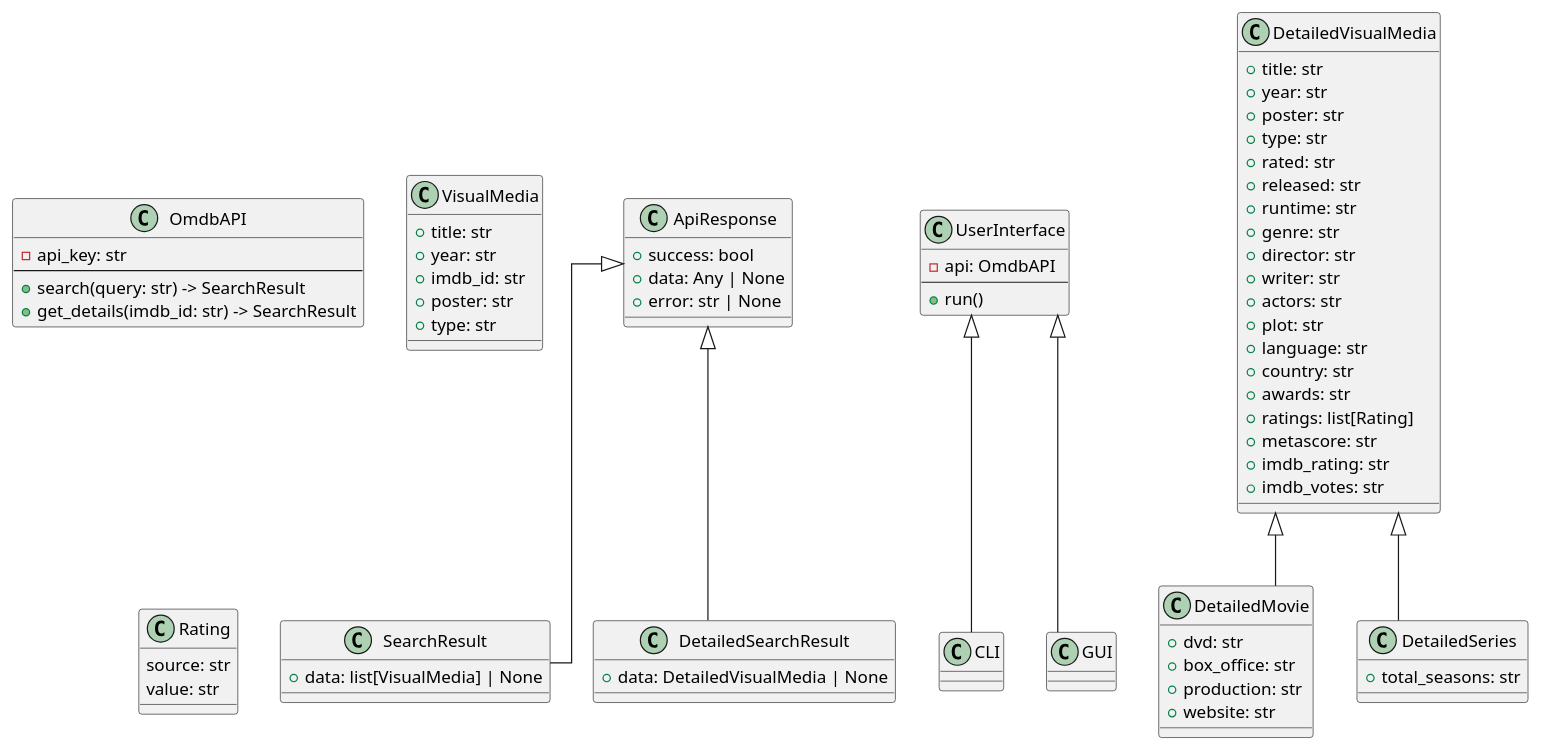
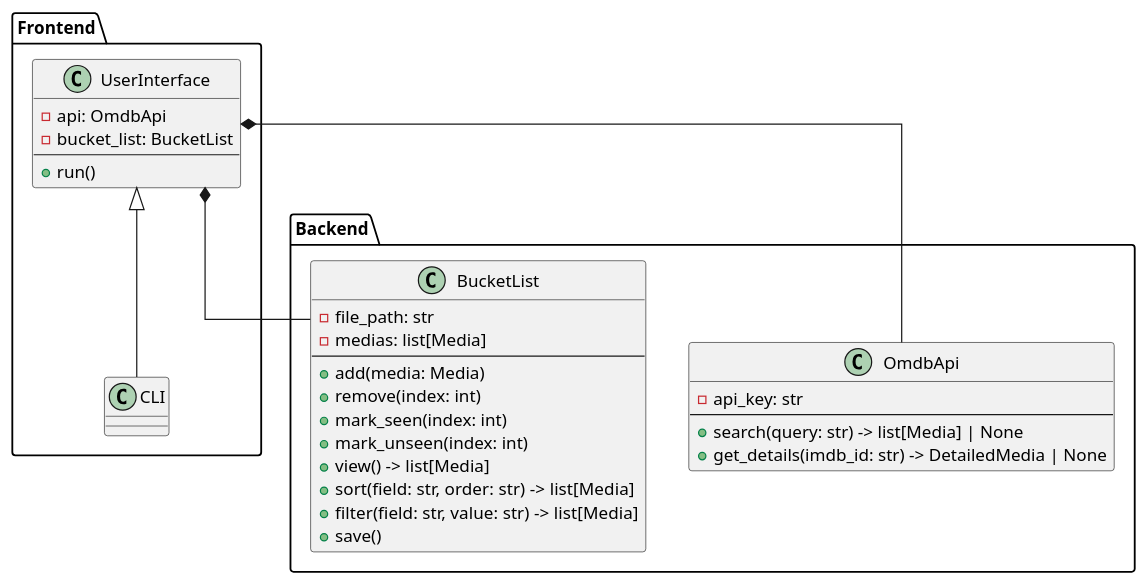
One commit to DanielGrotan/argsflix-bucket-list changed the diagram in diagram.puml. Above: the diagram before and after it, drawn with PlantUML. The commit also changed 33 other files, not shown here.

```diff
--- a/diagram.puml
+++ b/diagram.puml
@@ -1,82 +1,42 @@
 @startuml diagram
 
 skinparam linetype ortho
 
-class OmdbAPI {
-    -api_key: str
-    --
-    +search(query: str) -> SearchResult
-    +get_details(imdb_id: str) -> SearchResult
+package Backend {
+    class OmdbApi {
+        -api_key: str
+        --
+        +search(query: str) -> list[Media] | None
+        +get_details(imdb_id: str) -> DetailedMedia | None
+    }
+
+    class BucketList {
+        -file_path: str
+        -medias: list[Media]
+        --
+        +add(media: Media)
+        +remove(index: int)
+        +mark_seen(index: int)
+        +mark_unseen(index: int)
+        +view() -> list[Media]
+        +sort(field: str, order: str) -> list[Media]
+        +filter(field: str, value: str) -> list[Media]
+        +save()
+    }
 }
 
-class ApiResponse {
-    +success: bool
-    +data: Any | None
-    +error: str | None
-}
+package Frontend {
+    class UserInterface {
+        -api: OmdbApi
+        -bucket_list: BucketList
+        --
+        +run()
+    }
 
-class SearchResult extends ApiResponse {
-    +data: list[VisualMedia] | None
-}
+    class CLI extends UserInterface
 
-class DetailedSearchResult extends ApiResponse {
-    +data: DetailedVisualMedia | None
-}
-
-class UserInterface {
-    -api: OmdbAPI
-    --
-    +run()
-}
-
-class CLI extends UserInterface {}
-
-class GUI extends UserInterface {}
-
-class VisualMedia {
-    +title: str
-    +year: str
-    +imdb_id: str
-    +poster: str
-    +type: str
-}
-
-class DetailedVisualMedia {
-    +title: str
-    +year: str
-    +poster: str
-    +type: str
-    +rated: str
-    +released: str
-    +runtime: str
-    +genre: str
-    +director: str
-    +writer: str
-    +actors: str
-    +plot: str
-    +language: str
-    +country: str
-    +awards: str
-    +ratings: list[Rating]
-    +metascore: str
-    +imdb_rating: str
-    +imdb_votes: str
-}
-
-class DetailedMovie extends DetailedVisualMedia {
-    +dvd: str
-    +box_office: str
-    +production: str
-    +website: str
-}
-
-class DetailedSeries extends DetailedVisualMedia {
-    +total_seasons: str
-}
-
-class Rating {
-    source: str
-    value: str
+    UserInterface *-- OmdbApi
+    UserInterface *-- BucketList
 }
 
 @enduml
```
